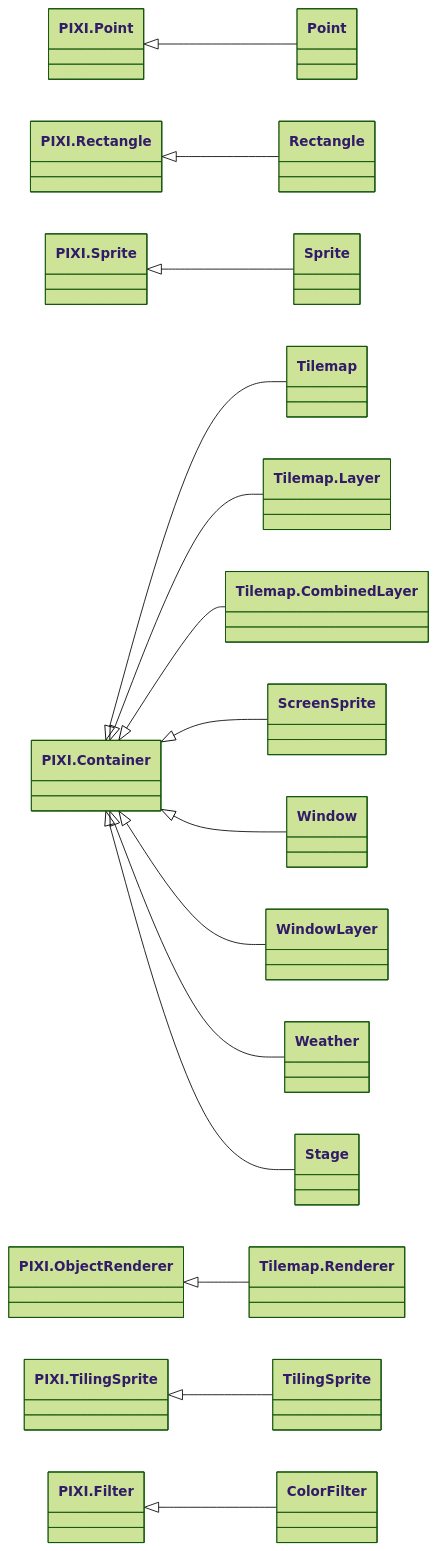
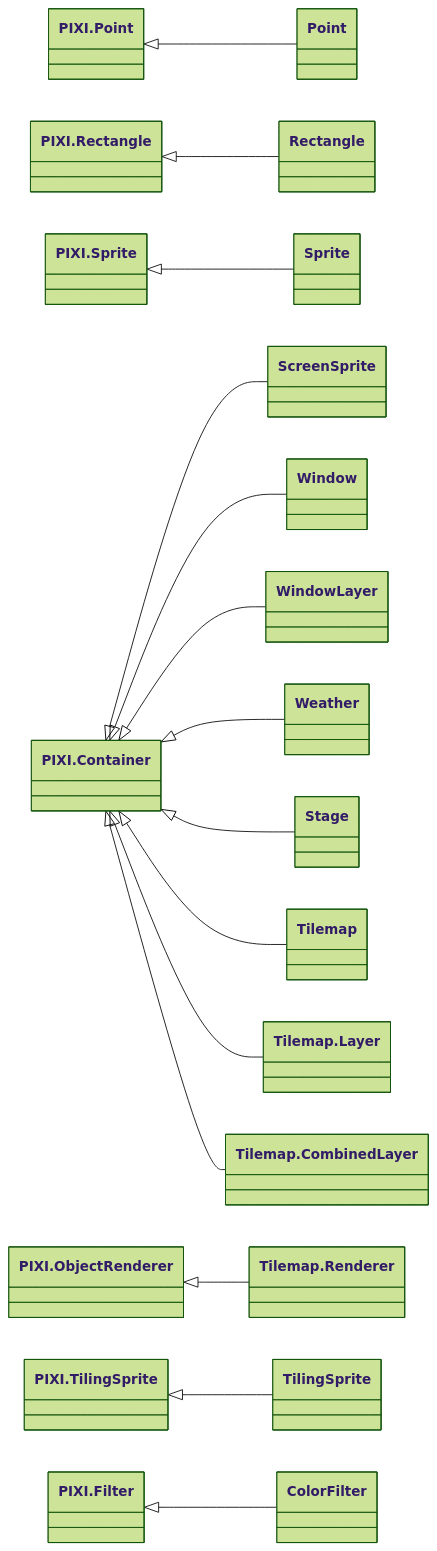
The diagram in MZ/Class Inheritances/PIXI.md (meowmotor/RPG-Maker), drawn with Mermaid (forest theme) before and after one commit. The commit also changed other lines of this file, not shown here.

````diff
--- a/MZ/Class Inheritances/PIXI.md
+++ b/MZ/Class Inheritances/PIXI.md
@@ -2,18 +1,18 @@
 ```mermaid
 classDiagram
 direction LR
 `PIXI.Point`<|--Point
 `PIXI.Rectangle`<|--Rectangle
 `PIXI.Sprite`<|--Sprite
+`PIXI.Container`<|--ScreenSprite
+`PIXI.Container`<|--Window
+`PIXI.Container`<|--WindowLayer
+`PIXI.Container`<|--Weather
+`PIXI.Container`<|--Stage
 `PIXI.Container`<|--Tilemap
 `PIXI.Container`<|--`Tilemap.Layer`
 `PIXI.Container`<|--`Tilemap.CombinedLayer`
 `PIXI.ObjectRenderer`<|--`Tilemap.Renderer`
 `PIXI.TilingSprite`<|--TilingSprite
-`PIXI.Container`<|--ScreenSprite
-`PIXI.Container`<|--Window
-`PIXI.Container`<|--WindowLayer
-`PIXI.Container`<|--Weather
 `PIXI.Filter`<|--ColorFilter
-`PIXI.Container`<|--Stage
 ```
````
